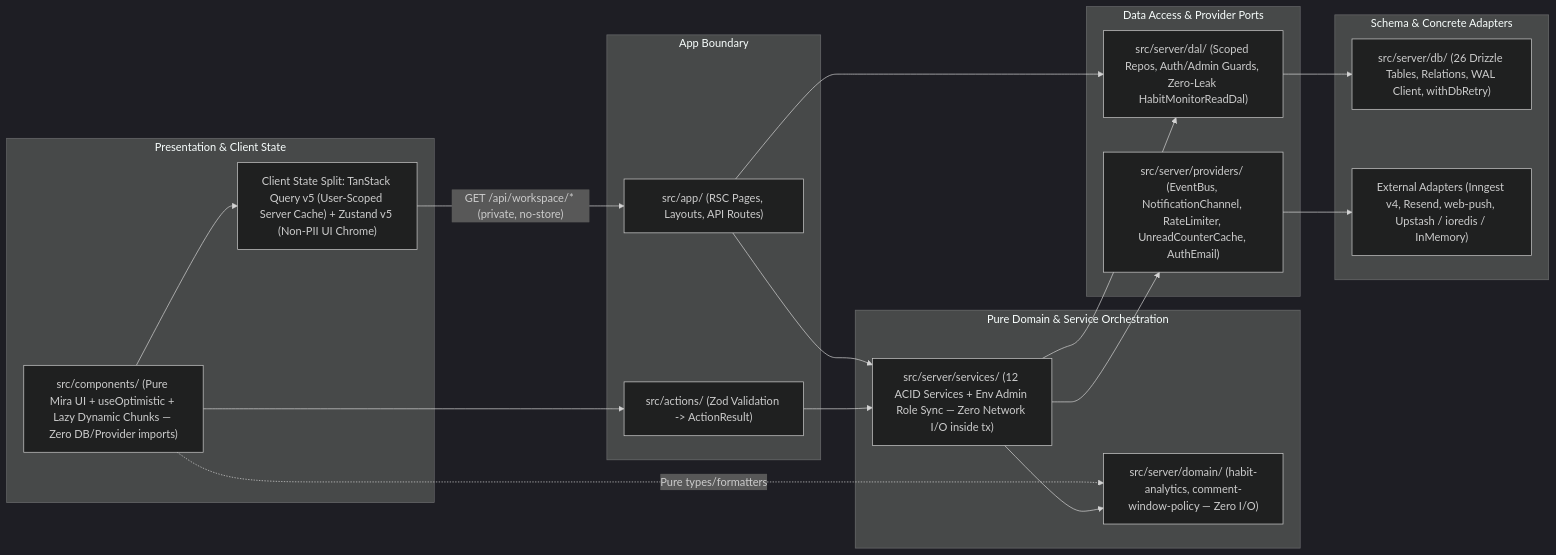
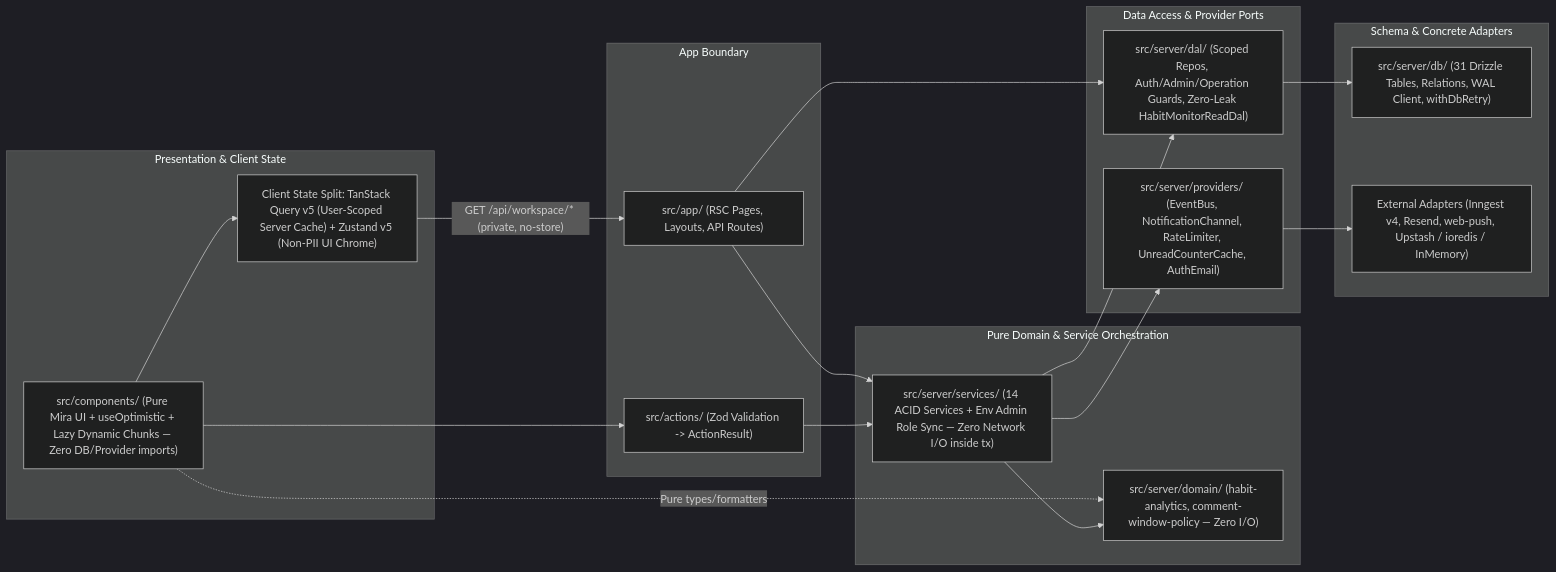
Before and after one commit to Marvin-MM/folio_tracker: the second of 12 diagrams in docs/ARCHITECTURE.md, drawn with Mermaid (dark theme). The commit also changed other lines of this file and 59 other files, not shown here.

````diff
--- a/docs/ARCHITECTURE.md
+++ b/docs/ARCHITECTURE.md
@@ -75,40 +75,40 @@
 ```mermaid
 flowchart LR
   subgraph Presentation["Presentation & Client State"]
     COMP["src/components/ (Pure Mira UI + useOptimistic + Lazy Dynamic Chunks — Zero DB/Provider imports)"]
     STATE["Client State Split: TanStack Query v5 (User-Scoped Server Cache) + Zustand v5 (Non-PII UI Chrome)"]
   end
 
   subgraph Boundary["App Boundary"]
     APP["src/app/ (RSC Pages, Layouts, API Routes)"]
     ACTS["src/actions/ (Zod Validation -> ActionResult)"]
   end
 
   subgraph Domain["Pure Domain & Service Orchestration"]
     PURE["src/server/domain/ (habit-analytics, comment-window-policy — Zero I/O)"]
-    SVCS["src/server/services/ (12 ACID Services + Env Admin Role Sync — Zero Network I/O inside tx)"]
+    SVCS["src/server/services/ (14 ACID Services + Env Admin Role Sync — Zero Network I/O inside tx)"]
   end
 
   subgraph DataAndPorts["Data Access & Provider Ports"]
-    DALS["src/server/dal/ (Scoped Repos, Auth/Admin Guards, Zero-Leak HabitMonitorReadDal)"]
+    DALS["src/server/dal/ (Scoped Repos, Auth/Admin/Operation Guards, Zero-Leak HabitMonitorReadDal)"]
     PORTS["src/server/providers/ (EventBus, NotificationChannel, RateLimiter, UnreadCounterCache, AuthEmail)"]
   end
 
   subgraph Foundations["Schema & Concrete Adapters"]
-    SCHEMA["src/server/db/ (26 Drizzle Tables, Relations, WAL Client, withDbRetry)"]
+    SCHEMA["src/server/db/ (31 Drizzle Tables, Relations, WAL Client, withDbRetry)"]
     ADAPT["External Adapters (Inngest v4, Resend, web-push, Upstash / ioredis / InMemory)"]
   end
 
   COMP --> STATE
   STATE -->|"GET /api/workspace/* (private, no-store)"| APP
   COMP --> ACTS
   COMP -.->|"Pure types/formatters"| PURE
   APP --> DALS
   APP --> SVCS
   ACTS --> SVCS
   SVCS --> PURE
   SVCS --> DALS
   SVCS --> PORTS
   DALS --> SCHEMA
   PORTS --> ADAPT
 ```
````
